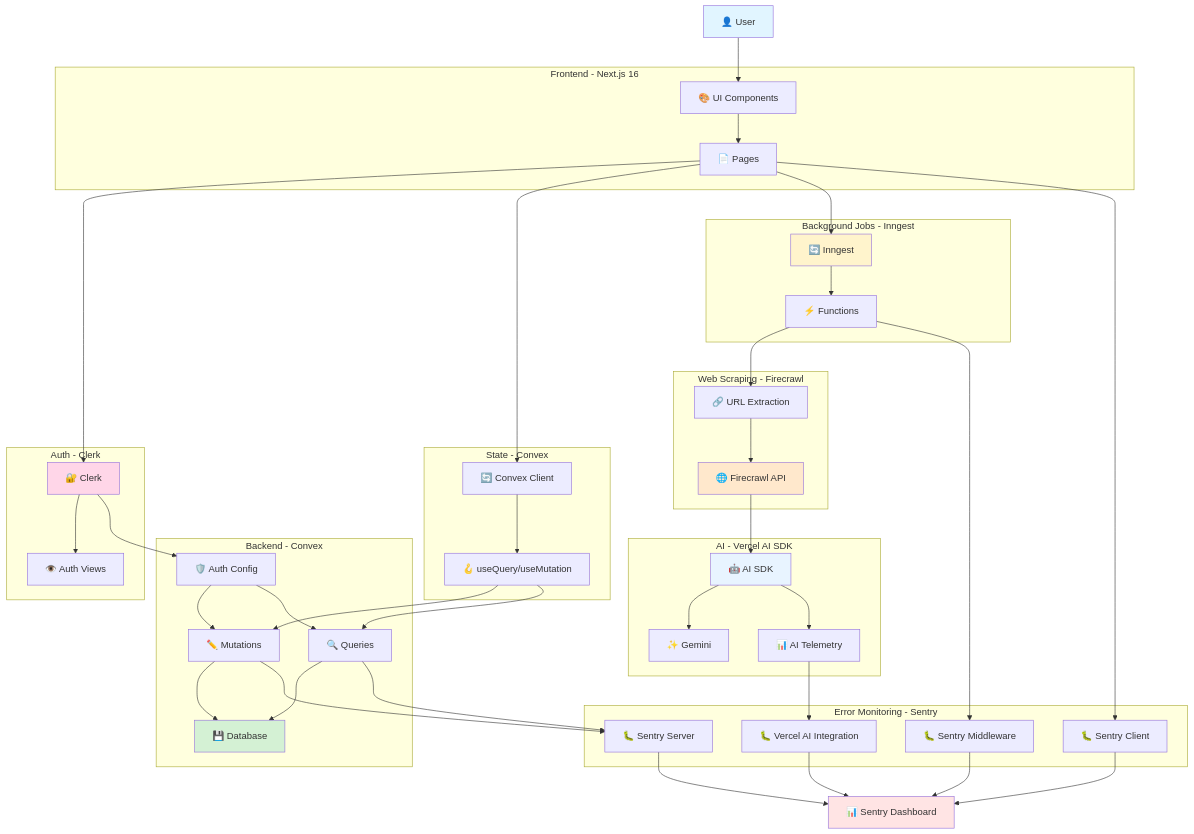
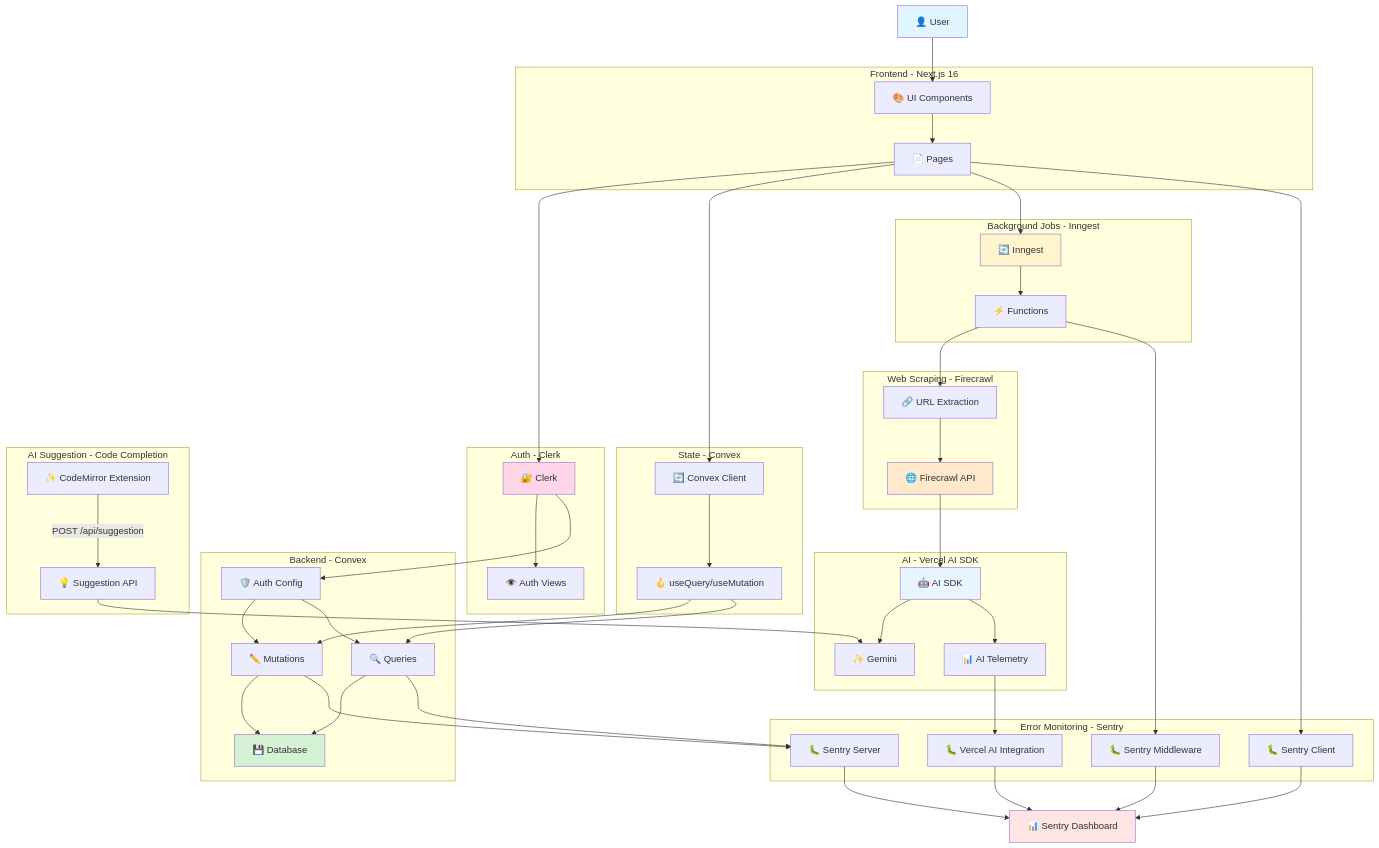
One commit to Code-with-Jok/v0-dev changed the first of 9 diagrams in docs/business-logic-mindmap.md. Above: the diagram before and after it, drawn with Mermaid. The commit also changed other lines of this file and 16 other files, not shown here.

Commit message:
feat: Implement AI code suggestion feature with ghost text display in the editor.

```diff
--- a/docs/business-logic-mindmap.md
+++ b/docs/business-logic-mindmap.md
@@ -47,6 +47,11 @@
         AITelemetry["📊 AI Telemetry"]
     end
 
+    subgraph "AI Suggestion - Code Completion"
+        SuggestionAPI["💡 Suggestion API"]
+        SuggestionExt["✨ CodeMirror Extension"]
+    end
+
     subgraph "Error Monitoring - Sentry"
         SentryClient["🐛 Sentry Client"]
         SentryServer["🐛 Sentry Server"]
@@ -66,6 +71,9 @@
     Firecrawl --> AISDK --> Gemini
     AISDK --> AITelemetry
 
+    SuggestionExt -->|"POST /api/suggestion"| SuggestionAPI
+    SuggestionAPI --> Gemini
+
     Pages --> SentryClient
     Mutations & Queries --> SentryServer
     Functions --> SentryInngest
```
